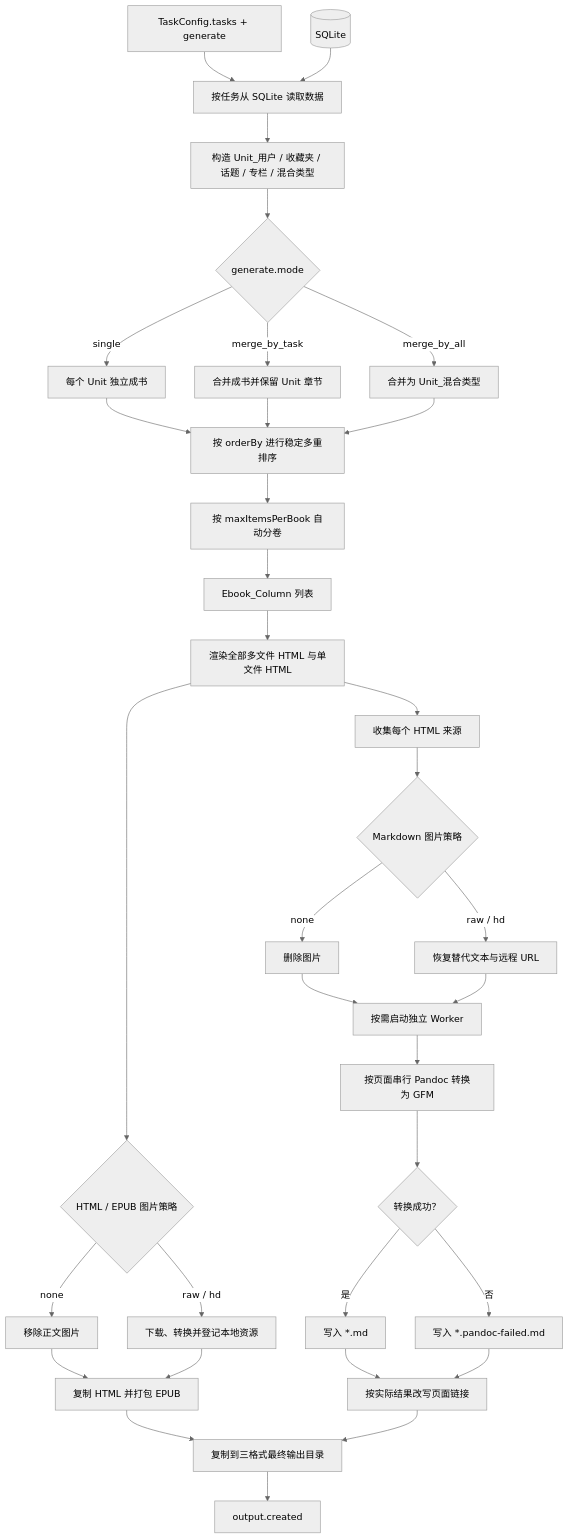
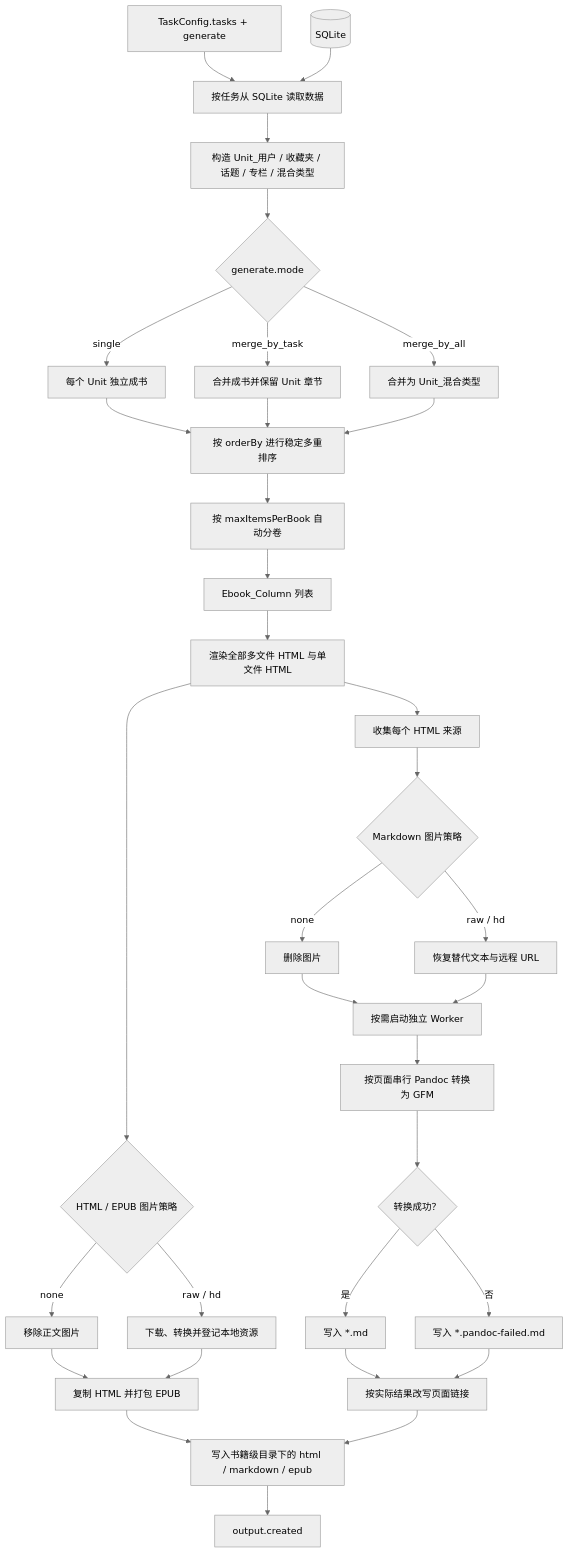
One commit to YaoZeyuan/zhihuhelp changed the third of 3 diagrams in doc/dev/workflows.md. Above: the diagram before and after it, drawn with Mermaid (neutral theme). The commit also changed other lines of this file and 52 other files, not shown here.

````diff
--- a/doc/dev/workflows.md
+++ b/doc/dev/workflows.md
@@ -141,41 +141,41 @@
 ```mermaid
 flowchart TD
   Config["TaskConfig.tasks + generate"] --> Read["按任务从 SQLite 读取数据"]
   DB[("SQLite")] --> Read
   Read --> Unit["构造 Unit_用户 / 收藏夹 / 话题 / 专栏 / 混合类型"]
   Unit --> Mode{"generate.mode"}
 
   Mode -->|single| Separate["每个 Unit 独立成书"]
   Mode -->|merge_by_task| MergeTask["合并成书并保留 Unit 章节"]
   Mode -->|merge_by_all| MergeAll["合并为 Unit_混合类型"]
 
   Separate --> Sort["按 orderBy 进行稳定多重排序"]
   MergeTask --> Sort
   MergeAll --> Sort
   Sort --> Split["按 maxItemsPerBook 自动分卷"]
   Split --> Column["Ebook_Column 列表"]
   Column --> Render["渲染全部多文件 HTML 与单文件 HTML"]
 
   Render --> Images{"HTML / EPUB 图片策略"}
   Images -->|none| NoAssets["移除正文图片"]
   Images -->|raw / hd| Assets["下载、转换并登记本地资源"]
   NoAssets --> Package["复制 HTML 并打包 EPUB"]
   Assets --> Package
 
   Render --> MarkdownSources["收集每个 HTML 来源"]
   MarkdownSources --> MarkdownImages{"Markdown 图片策略"}
   MarkdownImages -->|none| StripImages["删除图片"]
   MarkdownImages -->|raw / hd| RemoteImages["恢复替代文本与远程 URL"]
   StripImages --> Worker["按需启动独立 Worker"]
   RemoteImages --> Worker
   Worker --> Convert["按页面串行 Pandoc 转换为 GFM"]
   Convert --> Converted{"转换成功？"}
   Converted -->|是| MarkdownFile["写入 *.md"]
   Converted -->|否| Fallback["写入 *.pandoc-failed.md"]
   MarkdownFile --> Rewrite["按实际结果改写页面链接"]
   Fallback --> Rewrite
 
-  Package --> Output["复制到三格式最终输出目录"]
+  Package --> Output["写入书籍级目录下的 html / markdown / epub"]
   Rewrite --> Output
   Output --> Event["output.created"]
 ```
````
